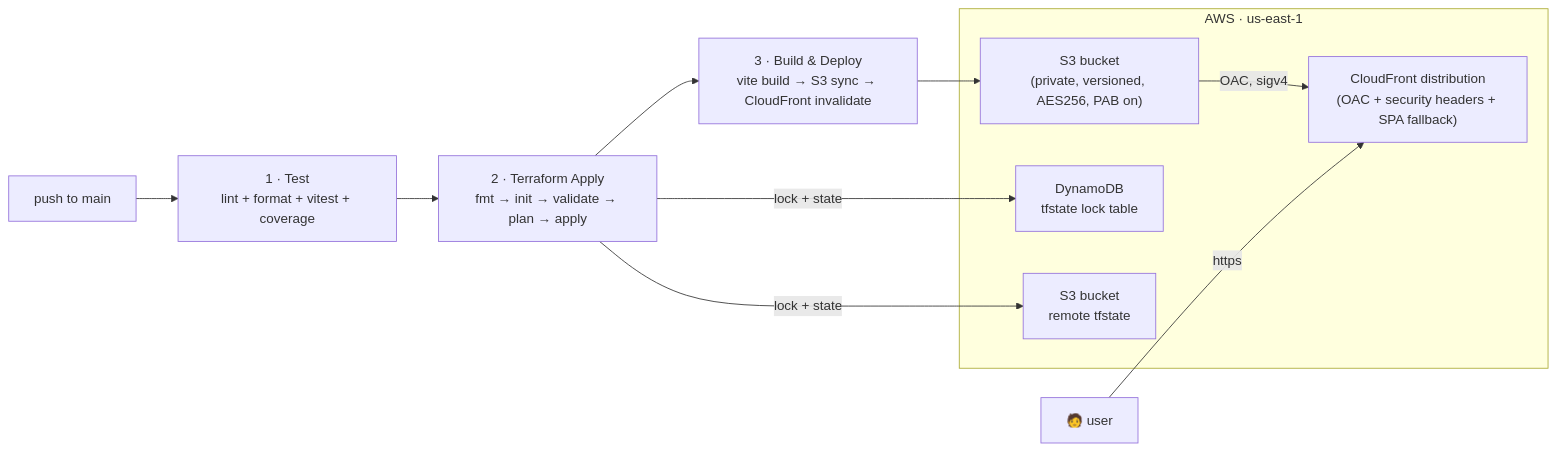
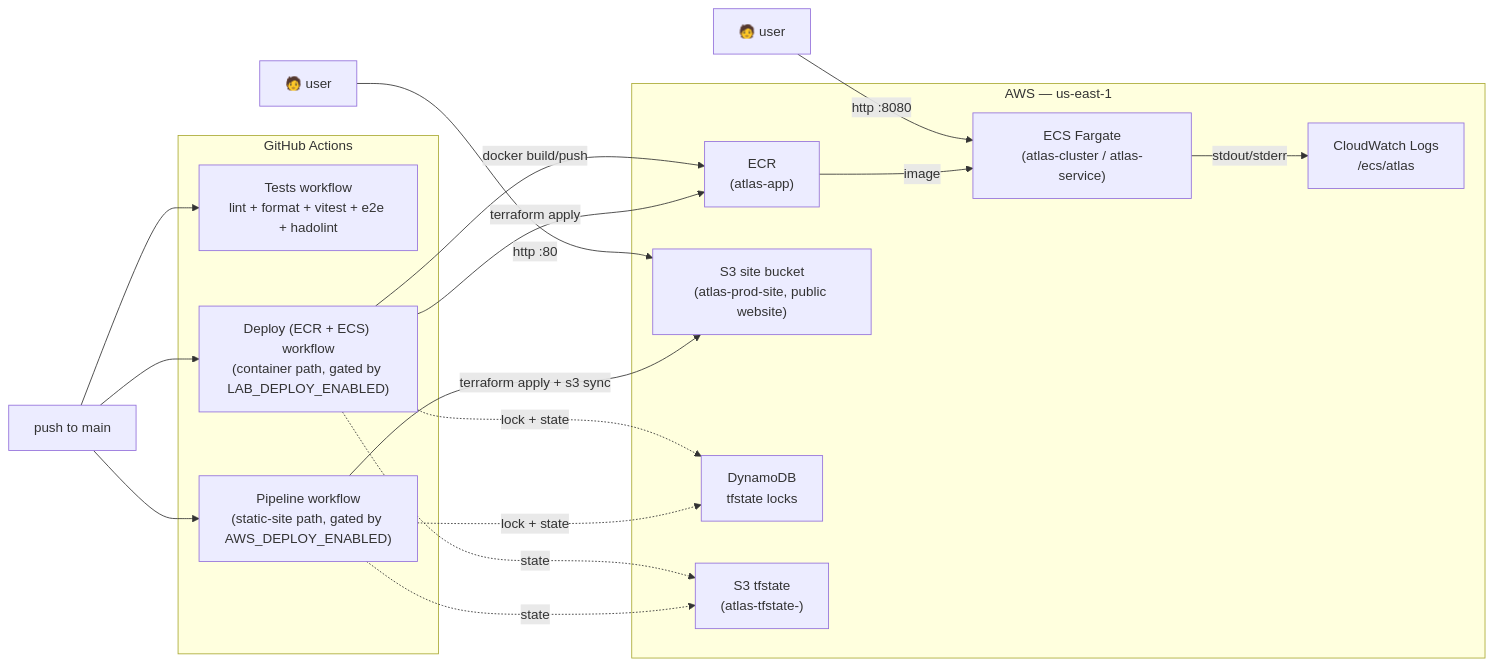
Before and after one commit to Adi-gitX/colour-fun: the diagram in POST-MIDSEM-NOTES.md, drawn with Mermaid. The commit also changed other lines of this file and 4 other files, not shown here.

First line of the commit message:
update all docs to reflect the live two-AWS-deploy state

````diff
--- a/POST-MIDSEM-NOTES.md
+++ b/POST-MIDSEM-NOTES.md
@@ -17,24 +28,36 @@
 ```mermaid
 flowchart LR
     push["push to main"]
-    test["1 · Test\nlint + format + vitest + coverage"]
-    tf["2 · Terraform Apply\nfmt → init → validate → plan → apply"]
-    deploy["3 · Build & Deploy\nvite build → S3 sync → CloudFront invalidate"]
 
-    push --> test
-    test --> tf
-    tf --> deploy
-
-    subgraph aws["AWS · us-east-1"]
-        s3["S3 bucket\n(private, versioned, AES256, PAB on)"]
-        cf["CloudFront distribution\n(OAC + security headers + SPA fallback)"]
-        ddb["DynamoDB\ntfstate lock table"]
-        tfstate["S3 bucket\nremote tfstate"]
+    subgraph CI["GitHub Actions"]
+        tests["Tests workflow\nlint + format + vitest + e2e + hadolint"]
+        pipe["Pipeline workflow\n(static-site path, gated by AWS_DEPLOY_ENABLED)"]
+        dep["Deploy (ECR + ECS) workflow\n(container path, gated by LAB_DEPLOY_ENABLED)"]
     end
 
-    deploy --> s3
-    s3 -- "OAC, sigv4" --> cf
-    tf -- "lock + state" --> ddb
-    tf -- "lock + state" --> tfstate
-    user["🧑 user"] -- "https" --> cf
+    push --> tests
+    push --> pipe
+    push --> dep
+
+    subgraph AWS["AWS — us-east-1"]
+        ecr["ECR\n(atlas-app)"]
+        ecs["ECS Fargate\n(atlas-cluster / atlas-service)"]
+        log["CloudWatch Logs\n/ecs/atlas"]
+        s3site["S3 site bucket\n(atlas-prod-site, public website)"]
+        ddb["DynamoDB\ntfstate locks"]
+        tfstate["S3 tfstate\n(atlas-tfstate-<acct>)"]
+    end
+
+    pipe -- "terraform apply + s3 sync" --> s3site
+    dep -- "terraform apply" --> ecr
+    dep -- "docker build/push" --> ecr
+    ecr -- "image" --> ecs
+    ecs -- "stdout/stderr" --> log
+    pipe -. "lock + state" .-> ddb
+    pipe -. "state" .-> tfstate
+    dep -. "lock + state" .-> ddb
+    dep -. "state" .-> tfstate
+
+    user1["🧑 user"] -- "http :8080" --> ecs
+    user2["🧑 user"] -- "http :80" --> s3site
 ```
````
